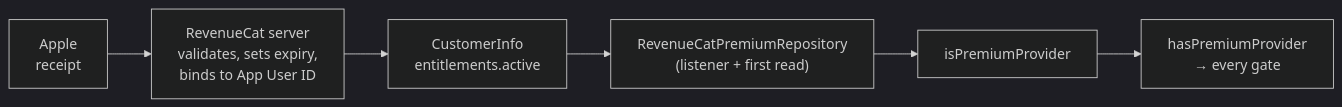
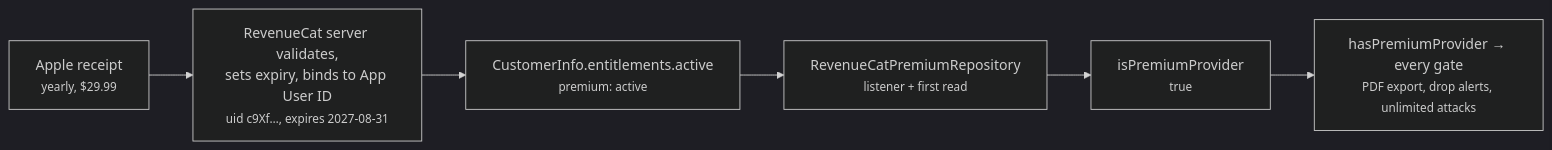
Before and after one commit to DAMHONGDUC/migraine-tracker: the second of 3 diagrams in README.md, drawn with Mermaid (dark theme). The commit also changed other lines of this file and 4 other files, not shown here.

````diff
--- a/README.md
+++ b/README.md
@@ -194,8 +194,8 @@
 ```mermaid
 flowchart LR
-  A["Apple<br/>receipt"] --> B["RevenueCat server<br/>validates, sets expiry,<br/>binds to App User ID"]
-  B --> C["CustomerInfo<br/>entitlements.active"]
-  C --> D["RevenueCatPremiumRepository<br/>(listener + first read)"]
-  D --> E["isPremiumProvider"]
-  E --> F["hasPremiumProvider<br/>→ every gate"]
+  A["Apple receipt<br/><small>yearly, $29.99</small>"] --> B["RevenueCat server validates,<br/>sets expiry, binds to App User ID<br/><small>uid c9Xf…, expires 2027-08-31</small>"]
+  B --> C["CustomerInfo.entitlements.active<br/><small>premium: active</small>"]
+  C --> D["RevenueCatPremiumRepository<br/><small>listener + first read</small>"]
+  D --> E["isPremiumProvider<br/><small>true</small>"]
+  E --> F["hasPremiumProvider → every gate<br/><small>PDF export, drop alerts, unlimited attacks</small>"]
 ```
````
